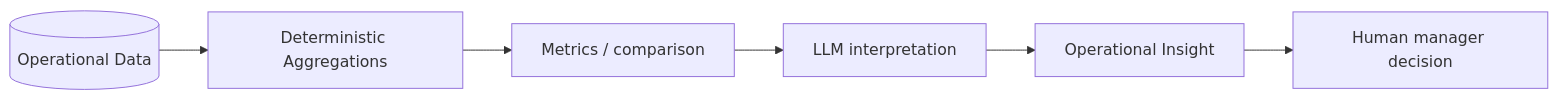
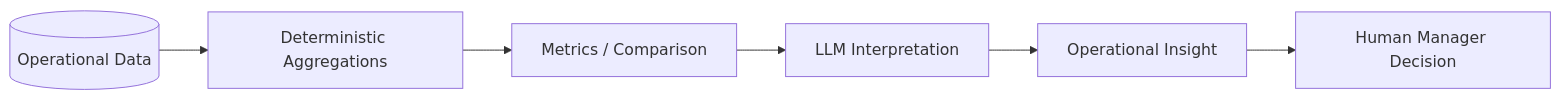
One commit to wong001110/sejukops-assessment changed the ninth of 12 diagrams in docs/SYSTEM_SPEC.md. Above: the diagram before and after it, drawn with Mermaid. The commit also changed other lines of this file, not shown here.

````diff
--- a/docs/SYSTEM_SPEC.md
+++ b/docs/SYSTEM_SPEC.md
@@ -717,8 +606,8 @@
 ```mermaid
 flowchart LR
     DB[(Operational Data)] --> A[Deterministic Aggregations]
-    A --> M[Metrics / comparison]
-    M --> L[LLM interpretation]
+    A --> M[Metrics / Comparison]
+    M --> L[LLM Interpretation]
     L --> I[Operational Insight]
-    I --> H[Human manager decision]
+    I --> H[Human Manager Decision]
 ```
````
